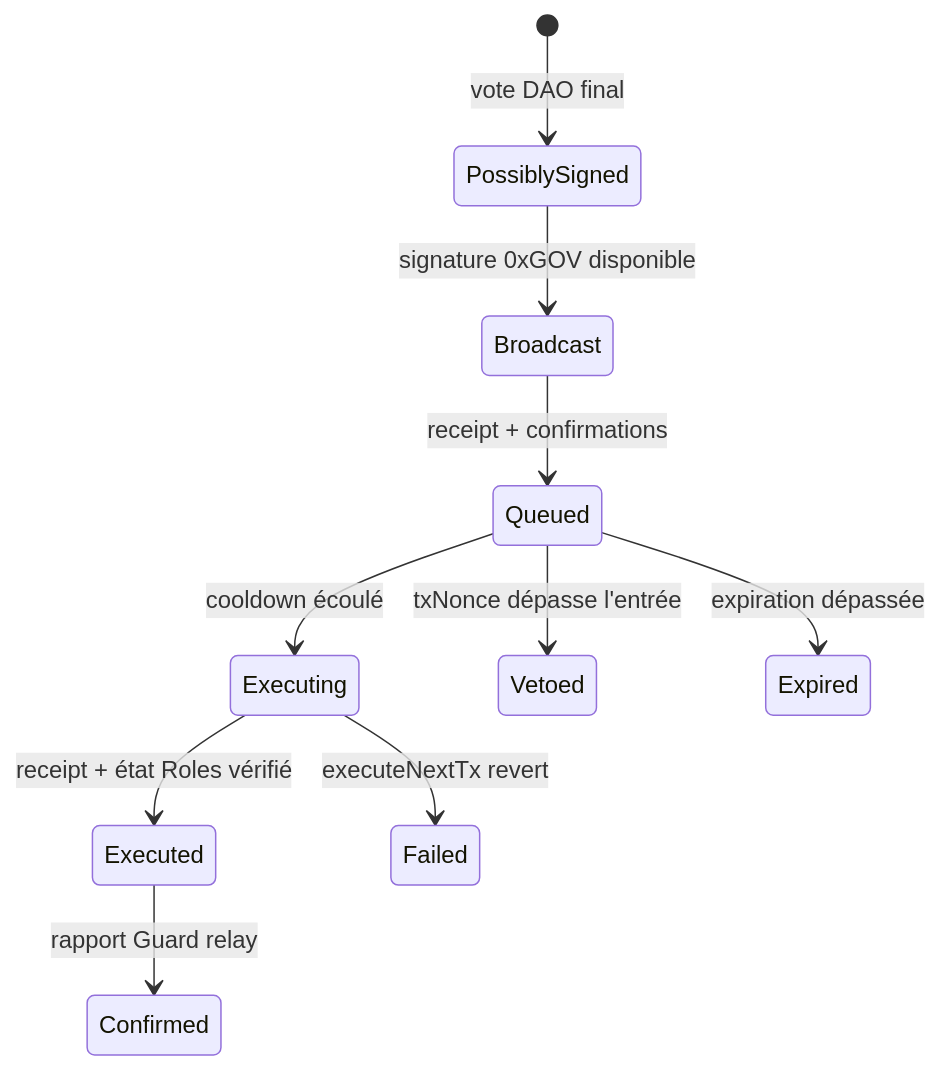
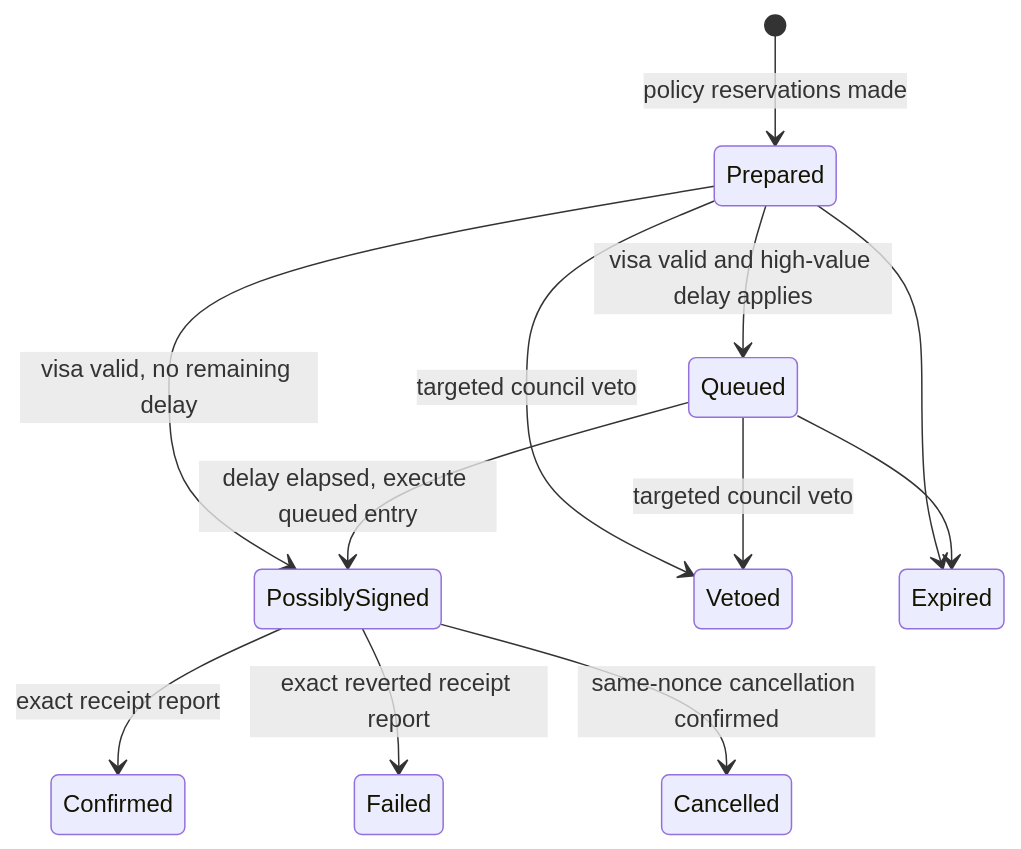
The third of 3 diagrams in Architecture.md (Euthyna-wallets/Euthyna), drawn with Mermaid before and after one commit. The commit also changed other lines of this file and 39 other files, not shown here.

````diff
--- a/Architecture.md
+++ b/Architecture.md
@@ -677,12 +139,14 @@
 ```mermaid
 stateDiagram-v2
-  [*] --> PossiblySigned: vote DAO final
-  PossiblySigned --> Broadcast: signature 0xGOV disponible
-  Broadcast --> Queued: receipt + confirmations
-  Queued --> Executing: cooldown écoulé
-  Queued --> Vetoed: txNonce dépasse l'entrée
-  Queued --> Expired: expiration dépassée
-  Executing --> Executed: receipt + état Roles vérifié
-  Executing --> Failed: executeNextTx revert
-  Executed --> Confirmed: rapport Guard relay
+  [*] --> Prepared: policy reservations made
+  Prepared --> Queued: visa valid and high-value delay applies
+  Prepared --> PossiblySigned: visa valid, no remaining delay
+  Queued --> PossiblySigned: delay elapsed, execute queued entry
+  Prepared --> Vetoed: targeted council veto
+  Queued --> Vetoed: targeted council veto
+  Prepared --> Expired
+  Queued --> Expired
+  PossiblySigned --> Confirmed: exact receipt report
+  PossiblySigned --> Failed: exact reverted receipt report
+  PossiblySigned --> Cancelled: same-nonce cancellation confirmed
 ```
````
